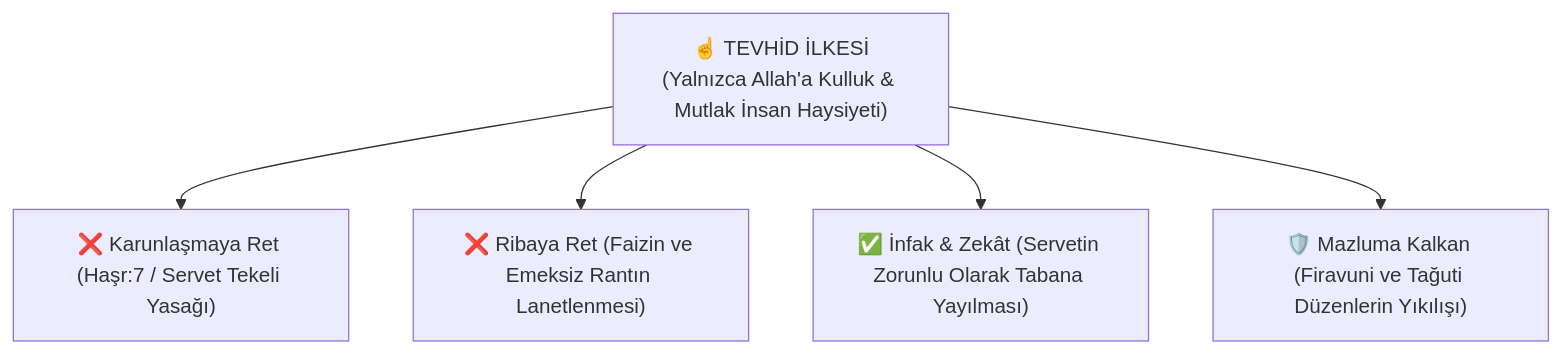
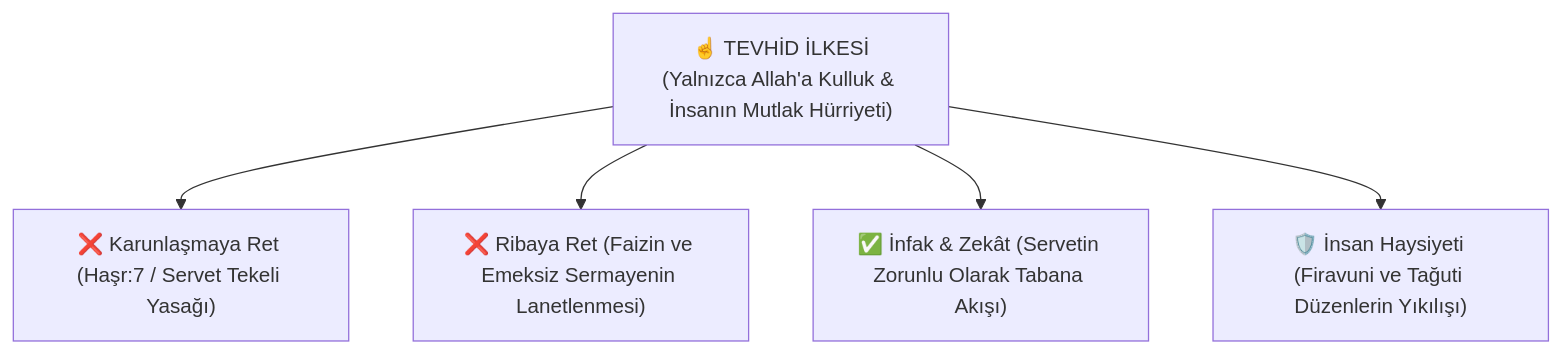
One commit to arch-yunus/marksizm-okumalari changed the second of 2 diagrams in README.md. Above: the diagram before and after it, drawn with Mermaid. The commit also changed other lines of this file and 2 other files, not shown here.

Commit message:
feat: repo bastan sona tevhid, adalet, islam iktisadi mukayesesi ve musluman arastirmacilar okuma rehberi ile zenginlestirildi

````diff
--- a/README.md
+++ b/README.md
@@ -108,9 +121,9 @@
 ```mermaid
 flowchart TD
-    TEVHID["☝️ TEVHİD İLKESİ\n(Yalnızca Allah'a Kulluk & Mutlak İnsan Haysiyeti)"]
+    TEVHID["☝️ TEVHİD İLKESİ\n(Yalnızca Allah'a Kulluk & İnsanın Mutlak Hürriyeti)"]
     
     TEVHID --> P1["❌ Karunlaşmaya Ret (Haşr:7 / Servet Tekeli Yasağı)"]
-    TEVHID --> P2["❌ Ribaya Ret (Faizin ve Emeksiz Rantın Lanetlenmesi)"]
-    TEVHID --> P3["✅ İnfak & Zekât (Servetin Zorunlu Olarak Tabana Yayılması)"]
-    TEVHID --> P4["🛡️ Mazluma Kalkan (Firavuni ve Tağuti Düzenlerin Yıkılışı)"]
+    TEVHID --> P2["❌ Ribaya Ret (Faizin ve Emeksiz Sermayenin Lanetlenmesi)"]
+    TEVHID --> P3["✅ İnfak & Zekât (Servetin Zorunlu Olarak Tabana Akışı)"]
+    TEVHID --> P4["🛡️ İnsan Haysiyeti (Firavuni ve Tağuti Düzenlerin Yıkılışı)"]
 ```
````
